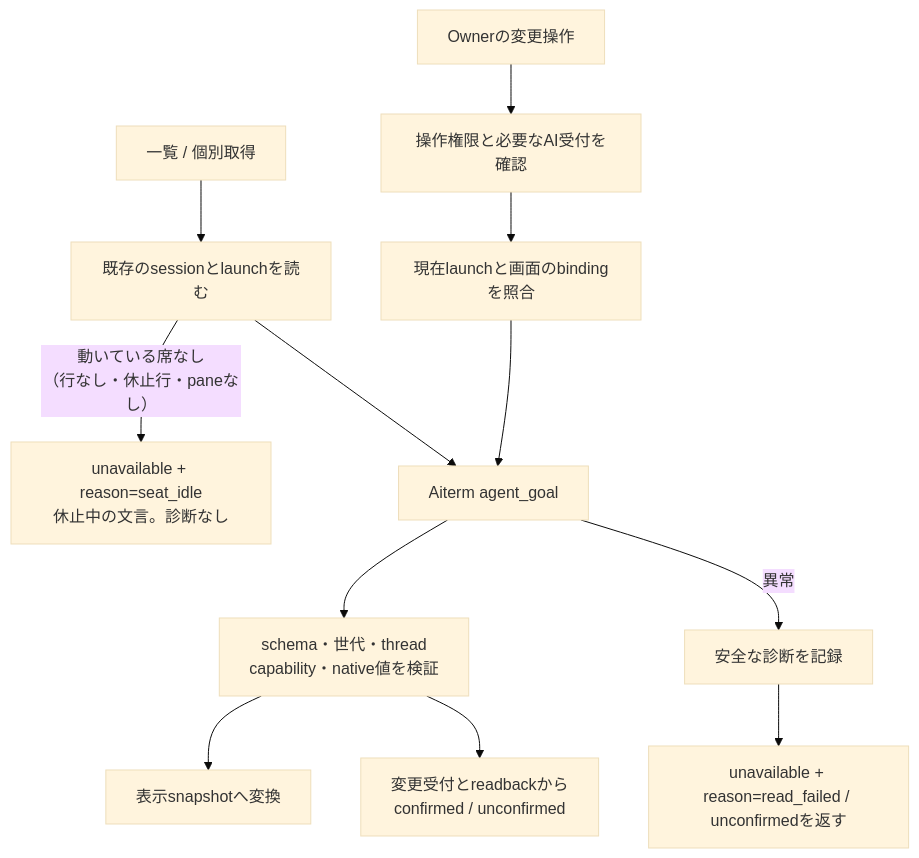
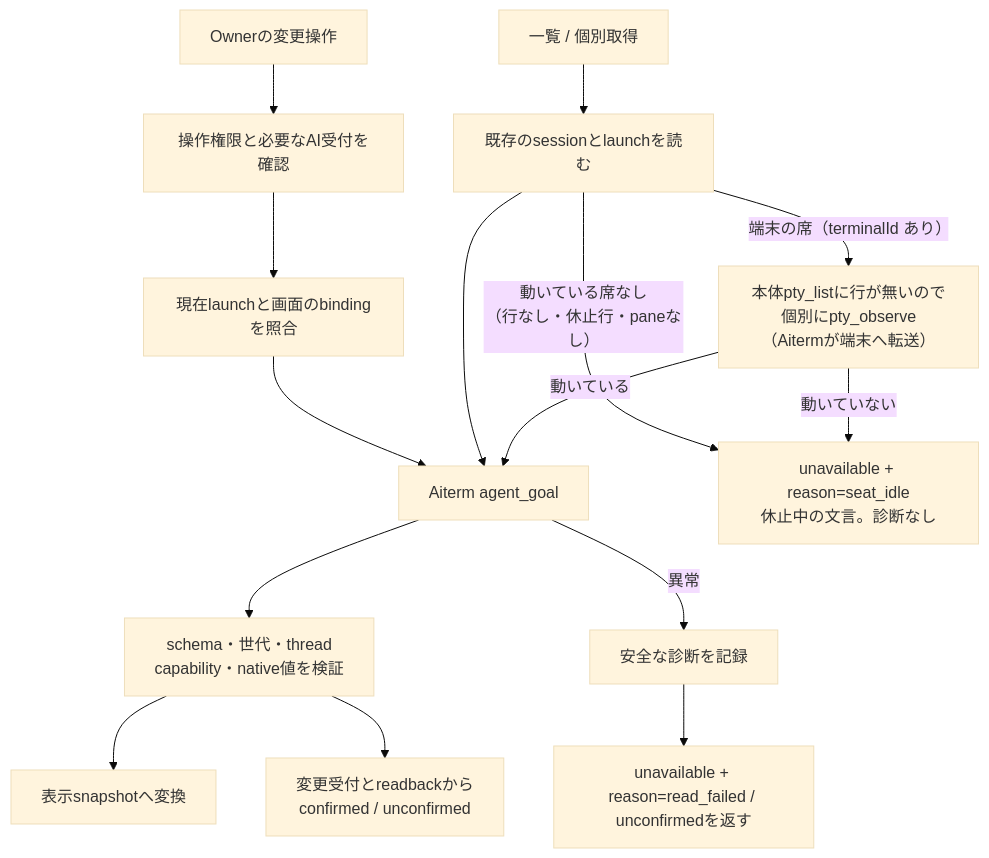
Before and after one commit to kitepon/BellTeam: the third of 3 diagrams in docs/architecture/control-details.md, drawn with Mermaid (base theme). The commit also changed other lines of this file and 2 other files, not shown here.

Commit message:
Goals: a terminal seat is read through pty_observe, not judged by the body's pty_list
Chart a05 (Centi lab 2026-11-12): a working Claude seat on a remote terminal
read seat_idle, because terminal seats have no row in the body Aiterm's
pty_list. goalTargets now hands a remote member to BotGoals as a target
without launch_id, so generation() observes it (forwarded to the terminal):
idle stays seat_idle, a running seat goes to agent_goal.

````diff
--- a/docs/architecture/control-details.md
+++ b/docs/architecture/control-details.md
@@ -97,14 +97,17 @@
 ```mermaid
 flowchart TD
   Read["一覧 / 個別取得"] --> Targets["既存のsessionとlaunchを読む"]
+  Targets -->|"端末の席（terminalId あり）"| Observe["本体pty_listに行が無いので個別にpty_observe<br/>（Aitermが端末へ転送）"]
+  Observe -->|"動いている"| Call
+  Observe -->|"動いていない"| Idle
   Targets -->|"動いている席なし<br/>（行なし・休止行・paneなし）"| Idle["unavailable + reason=seat_idle<br/>休止中の文言。診断なし"]
   Change["Ownerの変更操作"] --> Gate["操作権限と必要なAI受付を確認"]
   Gate --> Expected["現在launchと画面のbindingを照合"]
   Targets --> Call["Aiterm agent_goal"]
   Expected --> Call
   Call --> Validate["schema・世代・thread<br/>capability・native値を検証"]
   Validate --> Snapshot["表示snapshotへ変換"]
   Validate --> Outcome["変更受付とreadbackから<br/>confirmed / unconfirmed"]
   Call -->|"異常"| Report["安全な診断を記録"]
   Report --> Unavailable["unavailable + reason=read_failed / unconfirmedを返す"]
 ```
````
